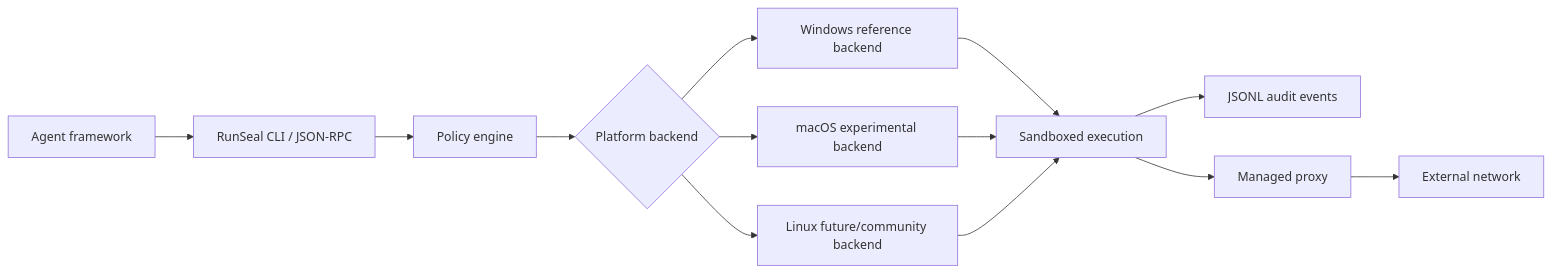
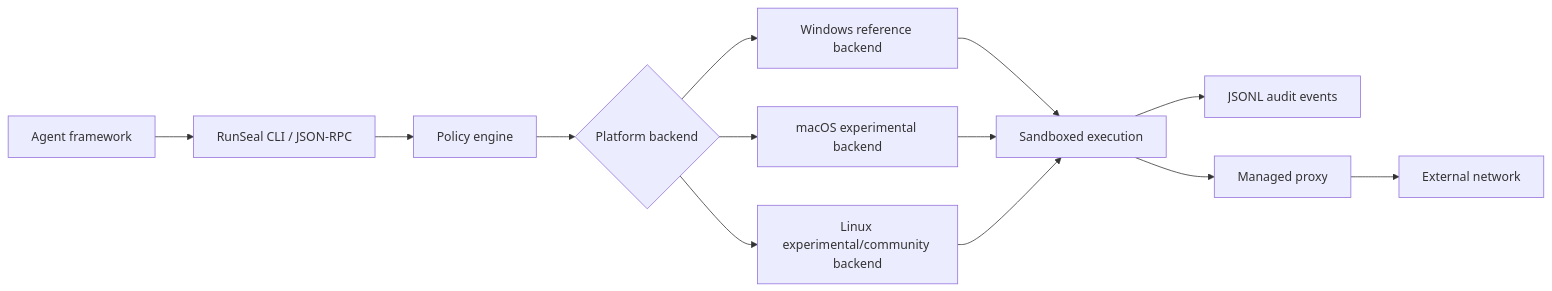
Before and after one commit to runseal-labs/rfcs: the diagram in README.md, drawn with Mermaid. The commit also changed other lines of this file and 4 other files, not shown here.

````diff
--- a/README.md
+++ b/README.md
@@ -32,18 +32,18 @@
 ```mermaid
 flowchart LR
   Agent[Agent framework] --> Protocol[RunSeal CLI / JSON-RPC]
   Protocol --> Policy[Policy engine]
   Policy --> Backend{Platform backend}
 
   Backend --> Windows[Windows reference backend]
   Backend --> MacOS[macOS experimental backend]
-  Backend --> Linux[Linux future/community backend]
+  Backend --> Linux[Linux experimental/community backend]
 
   Windows --> Exec[Sandboxed execution]
   MacOS --> Exec
   Linux --> Exec
 
   Exec --> Audit[JSONL audit events]
   Exec --> Proxy[Managed proxy]
   Proxy --> Network[External network]
 ```
````
